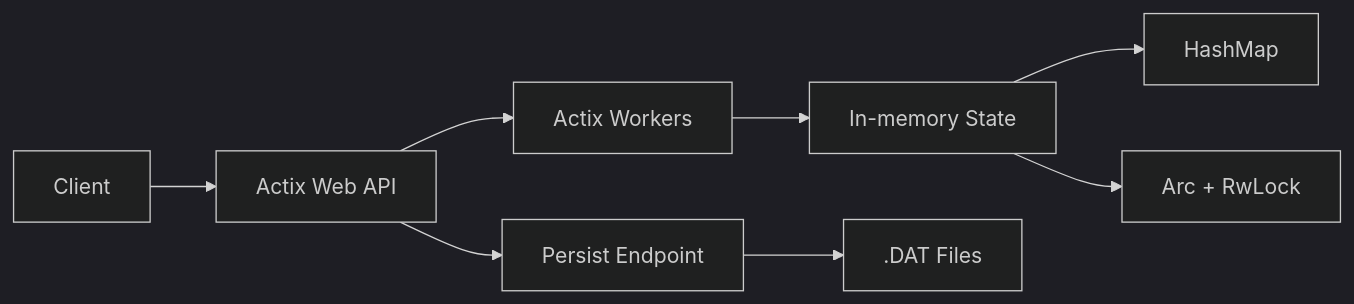
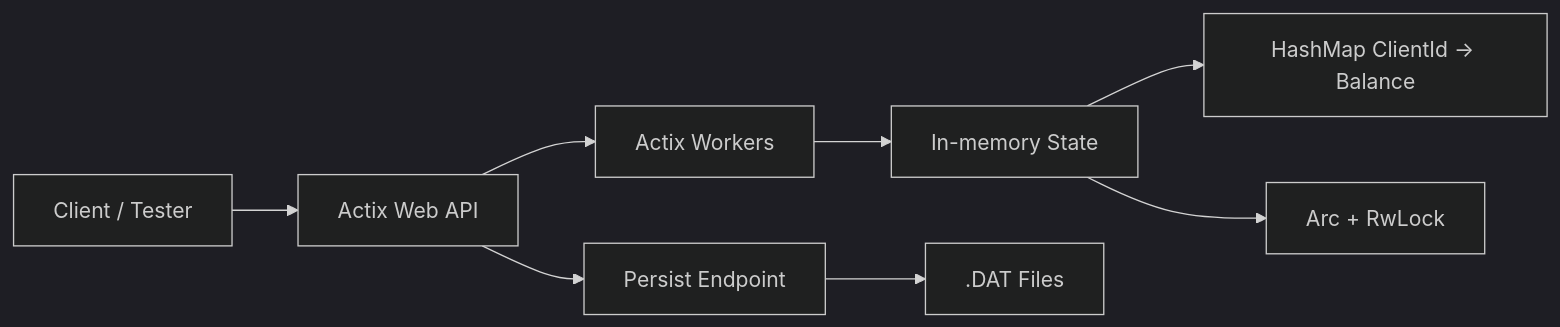
The first of 2 diagrams in README.md (Guido-GD7/prexcore-payment-processor), drawn with Mermaid (dark theme) before and after one commit. The commit also changed other lines of this file, not shown here.

Commit message:
Mermaid fix

````diff
--- a/README.md
+++ b/README.md
@@ -208,10 +208,10 @@
 ```mermaid
 flowchart LR
-    Client --> API[Actix Web API]
-    API --> Workers[Actix Workers]
-    Workers --> State[In-memory State]
-    State --> HashMap[HashMap<ClientId, Balance>]
-    State --> Lock[Arc + RwLock]
-    API --> Store[Persist Endpoint]
-    Store --> Files[.DAT Files]
+    Client["Client / Tester"] --> API["Actix Web API"]
+    API --> Workers["Actix Workers"]
+    Workers --> State["In-memory State"]
+    State --> HashMap["HashMap ClientId -> Balance"]
+    State --> Lock["Arc + RwLock"]
+    API --> Store["Persist Endpoint"]
+    Store --> Files[".DAT Files"]
 ```
````
